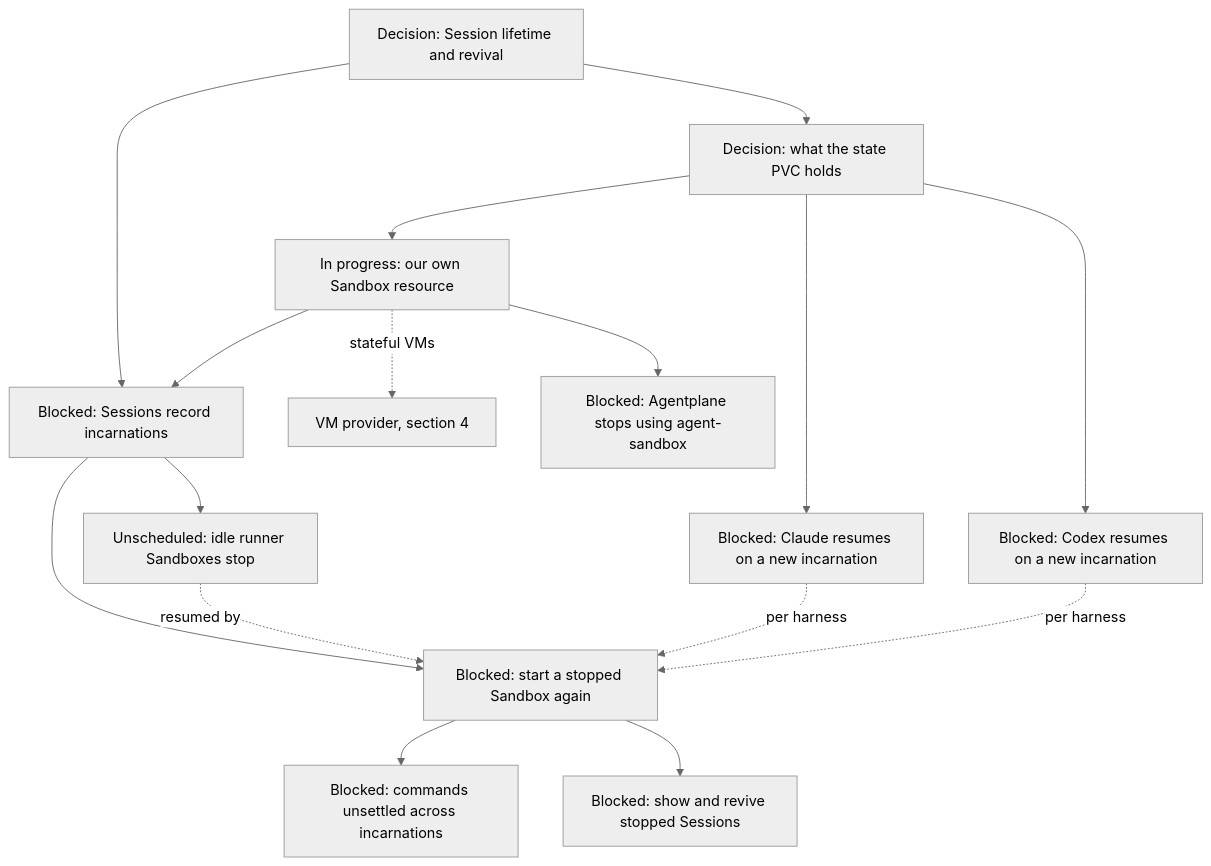
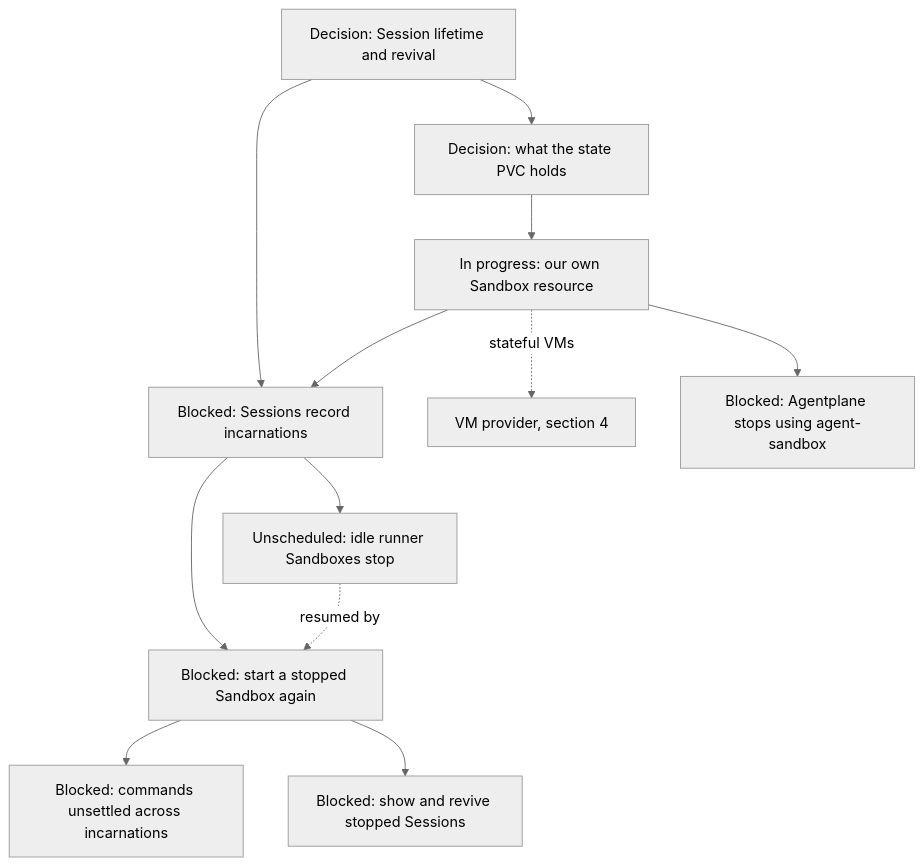
The ninth of 14 diagrams in agentplane/plans/task_dag.md (agentydragon-agent/ducktape), drawn with Mermaid (neutral theme) before and after one commit. The commit also changed other lines of this file and 1 other file, not shown here.

````diff
--- a/agentplane/plans/task_dag.md
+++ b/agentplane/plans/task_dag.md
@@ -588,28 +588,22 @@
 ```mermaid
 flowchart TD
     DURABLE_SESSION_LIFECYCLE[Decision: Session lifetime and revival]
     SESSION_STATE_VOLUME_DESIGN[Decision: what the state PVC holds]
     AGENTPLANE_SANDBOX_RESOURCE[In progress: our own Sandbox resource]
-    CLAUDE_PORTABLE_STATE[Blocked: Claude resumes on a new incarnation]
-    CODEX_PORTABLE_STATE[Blocked: Codex resumes on a new incarnation]
     SESSION_INCARNATIONS[Blocked: Sessions record incarnations]
     SESSION_REVIVE[Blocked: start a stopped Sandbox again]
     THREAD_SUCCESSOR_DELIVERY[Blocked: commands unsettled across incarnations]
     HOSTED_THREAD_SURFACES[Blocked: show and revive stopped Sessions]
     VM_PROVIDER[VM provider, section 4]
     DURABLE_SESSION_LIFECYCLE --> SESSION_STATE_VOLUME_DESIGN
     DURABLE_SESSION_LIFECYCLE --> SESSION_INCARNATIONS
     SESSION_STATE_VOLUME_DESIGN --> AGENTPLANE_SANDBOX_RESOURCE
-    SESSION_STATE_VOLUME_DESIGN --> CLAUDE_PORTABLE_STATE
-    SESSION_STATE_VOLUME_DESIGN --> CODEX_PORTABLE_STATE
     AGENTPLANE_SANDBOX_RESOURCE --> SESSION_INCARNATIONS
     AGENTPLANE_SANDBOX_RESOURCE --> AGENT_SANDBOX_RETIRE[Blocked: Agentplane stops using agent-sandbox]
     AGENTPLANE_SANDBOX_RESOURCE -. stateful VMs .-> VM_PROVIDER
     SESSION_INCARNATIONS --> SESSION_REVIVE
     SESSION_INCARNATIONS --> SANDBOX_IDLE_EXPIRY[Unscheduled: idle runner Sandboxes stop]
     SANDBOX_IDLE_EXPIRY -. resumed by .-> SESSION_REVIVE
-    CLAUDE_PORTABLE_STATE -. per harness .-> SESSION_REVIVE
-    CODEX_PORTABLE_STATE -. per harness .-> SESSION_REVIVE
     SESSION_REVIVE --> THREAD_SUCCESSOR_DELIVERY
     SESSION_REVIVE --> HOSTED_THREAD_SURFACES
 ```
````
